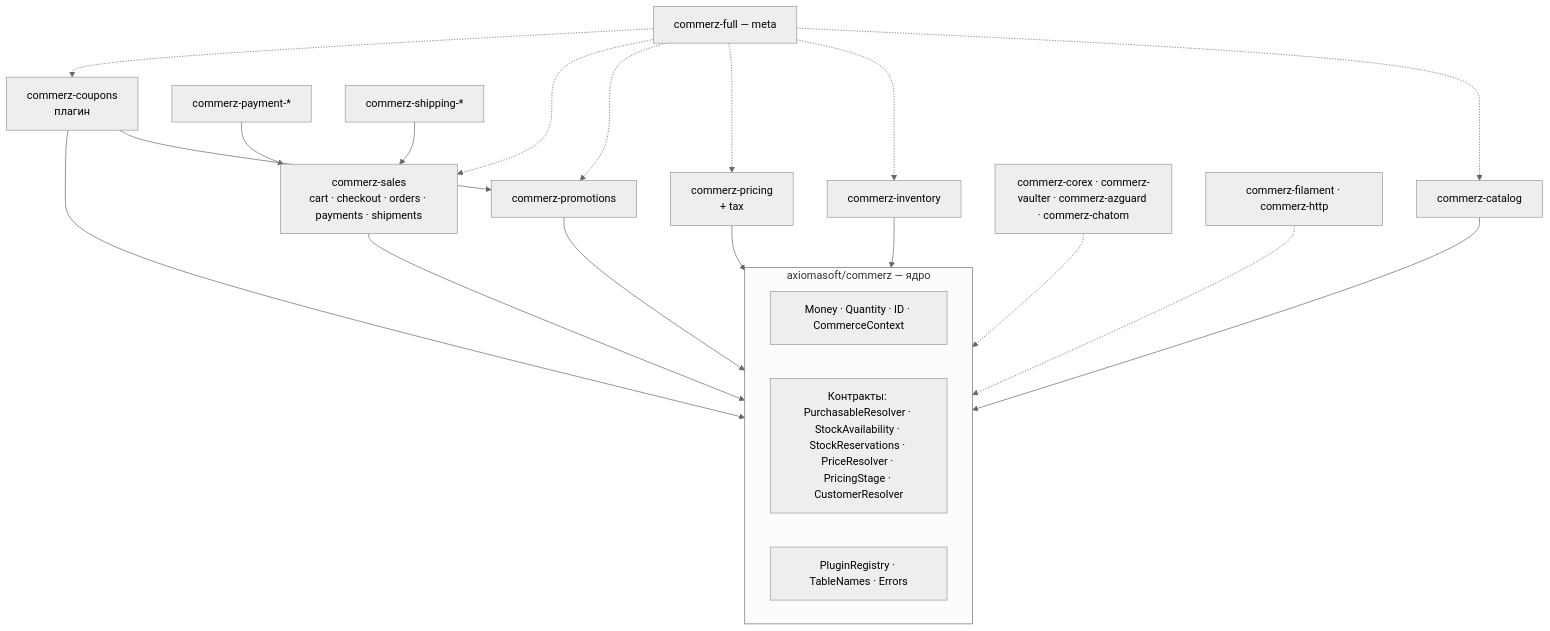
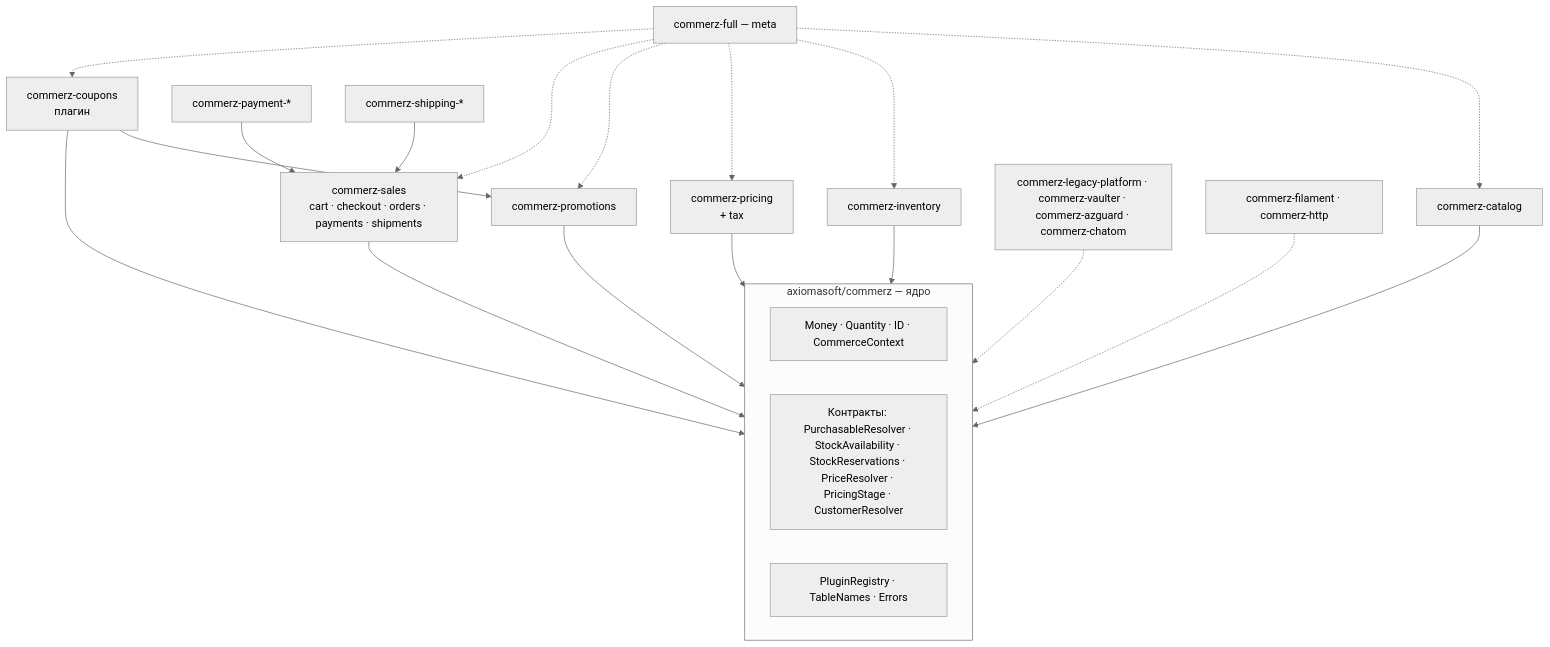
Before and after one commit to axiomasoft/commerz: the diagram in audits/grok/architecture.md, drawn with Mermaid (neutral theme). The commit also changed other lines of this file and 302 other files, not shown here.

````diff
--- a/audits/grok/architecture.md
+++ b/audits/grok/architecture.md
@@ -25,20 +25,20 @@
 ```mermaid
 flowchart TB
   subgraph kernel[axiomasoft/commerz — ядро]
     VO[Money · Quantity · ID · CommerceContext]
     KC[Контракты: PurchasableResolver · StockAvailability · StockReservations · PriceResolver · PricingStage · CustomerResolver]
     REG[PluginRegistry · TableNames · Errors]
   end
   catalog[commerz-catalog] --> kernel
   inventory[commerz-inventory] --> kernel
   pricing[commerz-pricing<br/>+ tax] --> kernel
   promotions[commerz-promotions] --> kernel
   sales[commerz-sales<br/>cart · checkout · orders · payments · shipments] --> kernel
   coupons[commerz-coupons<br/>плагин] --> promotions
   coupons --> kernel
   pay[commerz-payment-*] --> sales
   ship[commerz-shipping-*] --> sales
-  bridges[commerz-corex · commerz-vaulter · commerz-azguard · commerz-chatom] -.-> kernel
+  bridges[commerz-legacy-platform · commerz-vaulter · commerz-azguard · commerz-chatom] -.-> kernel
   admin[commerz-filament · commerz-http] -.-> kernel
   full[commerz-full — meta] -.-> catalog & inventory & pricing & promotions & sales & coupons
 ```
````
